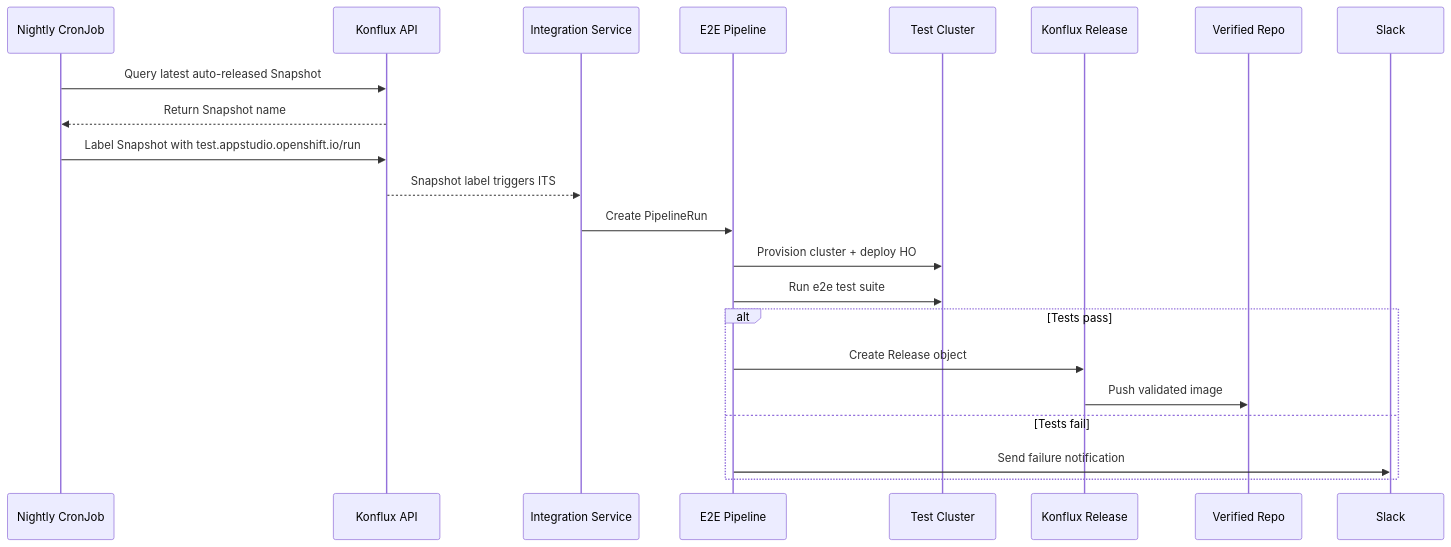
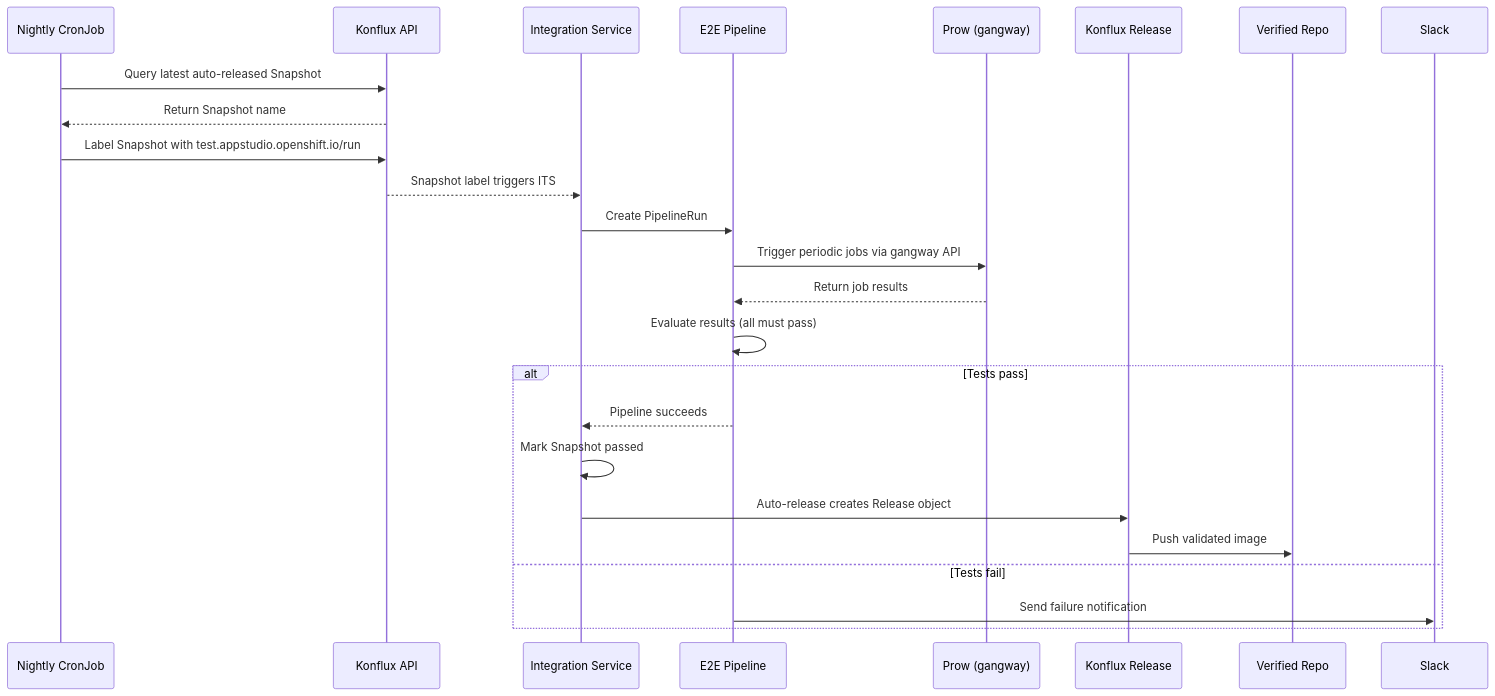
The third of 4 diagrams in enhancements/hypershift/konflux-release-gating-pipeline.md (openshift/enhancements), drawn with Mermaid before and after one commit. The commit also changed other lines of this file, not shown here.

First line of the commit message:
Add CR interaction diagram to Implementation Details

````diff
--- a/enhancements/hypershift/konflux-release-gating-pipeline.md
+++ b/enhancements/hypershift/konflux-release-gating-pipeline.md
@@ -127,25 +127,28 @@
 ```mermaid
 sequenceDiagram
     participant Cron as Nightly CronJob
     participant K as Konflux API
     participant IS as Integration Service
     participant P as E2E Pipeline
-    participant TC as Test Cluster
+    participant Prow as Prow (gangway)
     participant Rel as Konflux Release
     participant VR as Verified Repo
     participant Slack as Slack
 
     Cron->>K: Query latest auto-released Snapshot
     K-->>Cron: Return Snapshot name
     Cron->>K: Label Snapshot with test.appstudio.openshift.io/run
     K-->>IS: Snapshot label triggers ITS
     IS->>P: Create PipelineRun
-    P->>TC: Provision cluster + deploy HO
-    P->>TC: Run e2e test suite
+    P->>Prow: Trigger periodic jobs via gangway API
+    Prow-->>P: Return job results
+    P->>P: Evaluate results (all must pass)
     alt Tests pass
-        P->>Rel: Create Release object
+        P-->>IS: Pipeline succeeds
+        IS->>IS: Mark Snapshot passed
+        IS->>Rel: Auto-release creates Release object
         Rel->>VR: Push validated image
     else Tests fail
         P->>Slack: Send failure notification
     end
 ```
````
